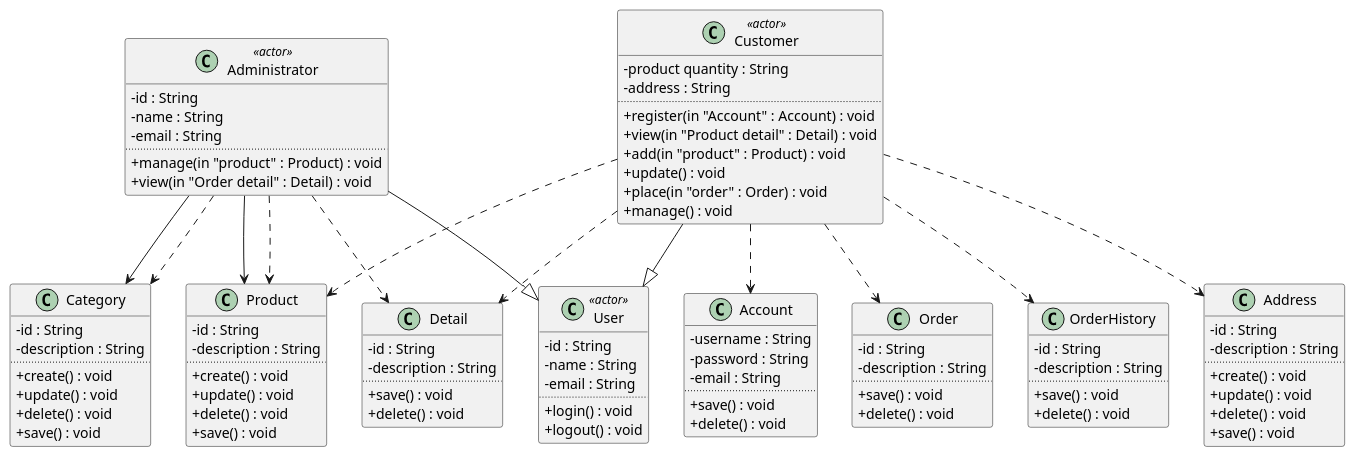
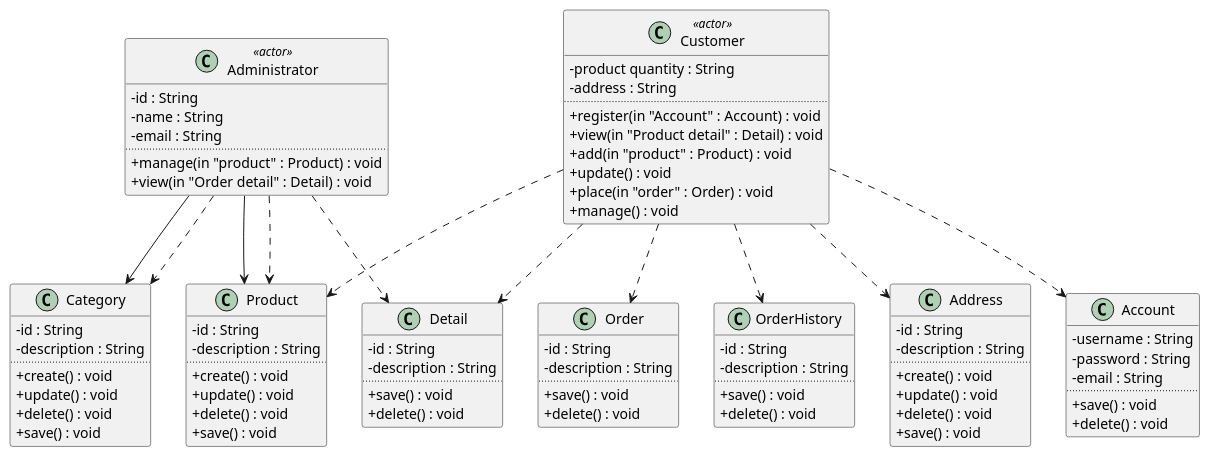
Before and after one commit to qamaruddin-qureshi/fyp-uml-diagram-generator: the diagram in user_stories/golden_puml/class_test_E_Commerce.puml, drawn with PlantUML. The commit also changed 3 other files, not shown here.

```diff
--- a/user_stories/golden_puml/class_test_E_Commerce.puml
+++ b/user_stories/golden_puml/class_test_E_Commerce.puml
@@ -1,99 +1,89 @@
 @startuml
 skinparam classAttributeIconSize 0
 class "Customer" as Customer <<actor>> {
   -product quantity : String
   -address : String
   ..
   +register(in "Account" : Account) : void
   +view(in "Product detail" : Detail) : void
   +add(in "product" : Product) : void
   +update() : void
   +place(in "order" : Order) : void
   +manage() : void
 }
 class "Account" as Account  {
   -username : String
   -password : String
   -email : String
   ..
   +save() : void
   +delete() : void
-}
-class "User" as User <<actor>> {
-  -id : String
-  -name : String
-  -email : String
-  ..
-  +login() : void
-  +logout() : void
 }
 class "Detail" as Detail  {
   -id : String
   -description : String
   ..
   +save() : void
   +delete() : void
 }
 class "Product" as Product  {
   -id : String
   -description : String
   ..
   +create() : void
   +update() : void
   +delete() : void
   +save() : void
 }
 class "Order" as Order  {
   -id : String
   -description : String
   ..
   +save() : void
   +delete() : void
 }
 class "OrderHistory" as OrderHistory  {
   -id : String
   -description : String
   ..
   +save() : void
   +delete() : void
 }
 class "Address" as Address  {
   -id : String
   -description : String
   ..
   +create() : void
   +update() : void
   +delete() : void
   +save() : void
 }
 class "Administrator" as Administrator <<actor>> {
   -id : String
   -name : String
   -email : String
   ..
   +manage(in "product" : Product) : void
   +view(in "Order detail" : Detail) : void
 }
 class "Category" as Category  {
   -id : String
   -description : String
   ..
   +create() : void
   +update() : void
   +delete() : void
   +save() : void
 }
 Customer ..> Account
-Customer --|> User
 Customer ..> Detail
 Customer ..> Product
 Customer ..> Order
 Customer ..> OrderHistory
 Customer ..> Address
 Administrator --> Product
 Administrator ..> Product
-Administrator --|> User
 Administrator --> Category
 Administrator ..> Category
 Administrator ..> Detail
 @enduml
```
